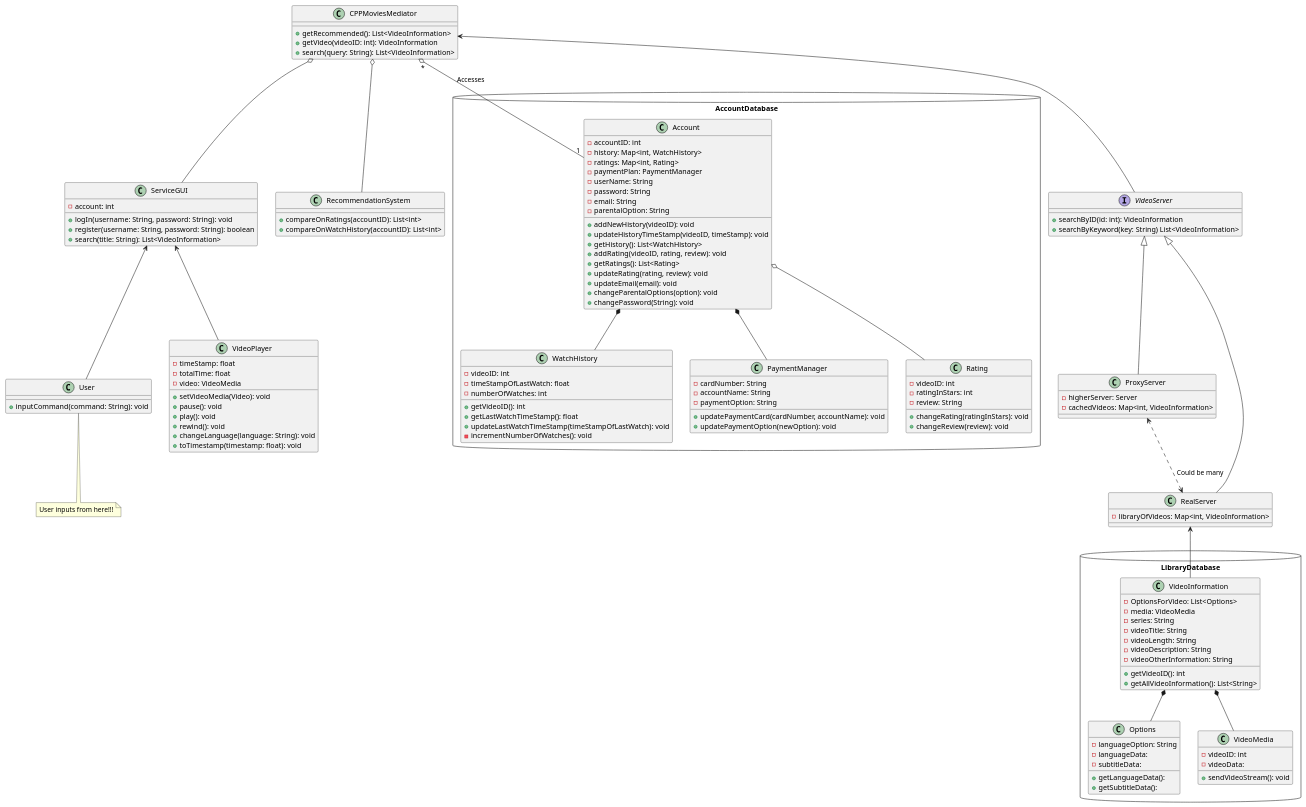
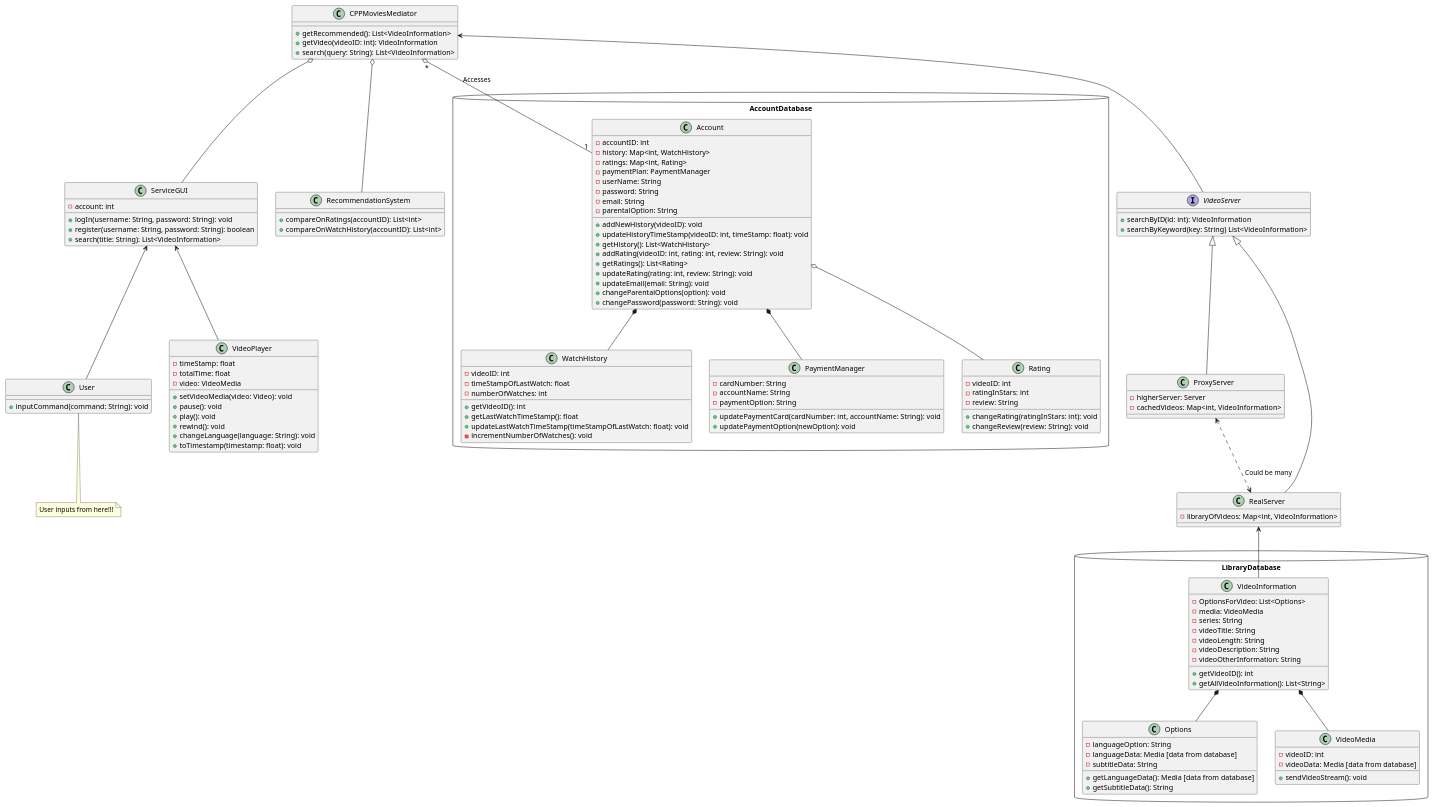
Before and after one commit to Lex-ari/CS4800-FoodDelivery: the diagram in src/UMLs/CPPMovies.puml, drawn with PlantUML. The commit also changed 1 other file, not shown here.

Commit message:
Added Diagram Image and final updates to diagram uml

```diff
--- a/src/UMLs/CPPMovies.puml
+++ b/src/UMLs/CPPMovies.puml
@@ -1,172 +1,172 @@
 @startuml
 'https://plantuml.com/class-diagram
 
 class User {
 + inputCommand(command: String): void
 }
 
 
 package AccountDatabase <<Database>> {
 class WatchHistory
 {
 - videoID: int
 - timeStampOfLastWatch: float
 - numberOfWatches: int
 
 + getVideoID(): int
 + getLastWatchTimeStamp(): float
-+ updateLastWatchTimeStamp(timeStampOfLastWatch): void
++ updateLastWatchTimeStamp(timeStampOfLastWatch: float): void
 - incrementNumberOfWatches(): void
 }
 class PaymentManager
 {
 - cardNumber: String
 - accountName: String
 - paymentOption: String
 
-+ updatePaymentCard(cardNumber, accountName): void
++ updatePaymentCard(cardNumber: int, accountName: String): void
 + updatePaymentOption(newOption): void
 }
 class Account
 {
 - accountID: int
 - history: Map<int, WatchHistory>
 - ratings: Map<int, Rating>
 - paymentPlan: PaymentManager
 - userName: String
 - password: String
 - email: String
 - parentalOption: String
 
 + addNewHistory(videoID): void
-+ updateHistoryTimeStamp(videoID, timeStamp): void
++ updateHistoryTimeStamp(videoID: int, timeStamp: float): void
 + getHistory(): List<WatchHistory>
-+ addRating(videoID, rating, review): void
++ addRating(videoID: int, rating: int, review: String): void
 + getRatings(): List<Rating>
-+ updateRating(rating, review): void
-+ updateEmail(email): void
++ updateRating(rating: int, review: String): void
++ updateEmail(email: String): void
 + changeParentalOptions(option): void
-+ changePassword(String): void
++ changePassword(password: String): void
 }
 
 class Rating
 {
 - videoID: int
 - ratingInStars: int
 - review: String
 
-+ changeRating(ratingInStars): void
-+ changeReview(review): void
++ changeRating(ratingInStars: int): void
++ changeReview(review: String): void
 }
 
 Account *-- PaymentManager
 Account *-- WatchHistory
 Account o-- Rating
 }
 
 
 class ServiceGUI
 {
 - account: int
 
 + logIn(username: String, password: String): void
 + register(username: String, password: String): boolean
 + search(title: String): List<VideoInformation>
 }
 ServiceGUI <-- User
 
 class VideoPlayer
 {
 - timeStamp: float
 - totalTime: float
 - video: VideoMedia
-+ setVideoMedia(Video): void
++ setVideoMedia(video: Video): void
 + pause(): void
 + play(): void
 + rewind(): void
 + changeLanguage(language: String): void
 + toTimestamp(timestamp: float): void
 }
 ServiceGUI <-- VideoPlayer
 
 class RecommendationSystem
 {
 + compareOnRatings(accountID): List<int>
 + compareOnWatchHistory(accountID): List<int>
 
 }
 
 class CPPMoviesMediator
 {
 +getRecommended(): List<VideoInformation>
 +getVideo(videoID: int): VideoInformation
 +search(query: String): List<VideoInformation>
 }
 CPPMoviesMediator o-- RecommendationSystem
 CPPMoviesMediator o-- ServiceGUI
 CPPMoviesMediator"*" o-- "1"Account: Accesses
 
 
 package LibraryDatabase <<Database>> {
 class VideoInformation
 {
 - OptionsForVideo: List<Options>
 - media: VideoMedia
 - series: String
 - videoTitle: String
 - videoLength: String
 - videoDescription: String
 - videoOtherInformation: String
 
 + getVideoID(): int
 + getAllVideoInformation(): List<String>
 }
 
 class Options
 {
 - languageOption: String
-- languageData:
-- subtitleData:
+- languageData: Media [data from database]
+- subtitleData: String
 
-+ getLanguageData():
-+ getSubtitleData():
++ getLanguageData(): Media [data from database]
++ getSubtitleData(): String
 }
 class VideoMedia
 {
 - videoID: int
-- videoData:
+- videoData: Media [data from database]
 
 + sendVideoStream(): void
 }
 
 VideoInformation *-- Options
 VideoInformation *-- VideoMedia
 }
 
 interface VideoServer {
 + searchByID(id: int): VideoInformation
 + searchByKeyword(key: String) List<VideoInformation>
 }
 
 class RealServer
 {
 - libraryOfVideos: Map<int, VideoInformation>
 }
 class ProxyServer
 {
 - higherServer: Server
 - cachedVideos: Map<int, VideoInformation>
 }
 
 CPPMoviesMediator <-- VideoServer
 VideoServer <|-- ProxyServer
 VideoServer <|-- RealServer
 ProxyServer <..> RealServer: " Could be many"
 
 RealServer <-- VideoInformation
 
 note bottom of User
     User inputs from here!!!
 end note
 
 @enduml
```
